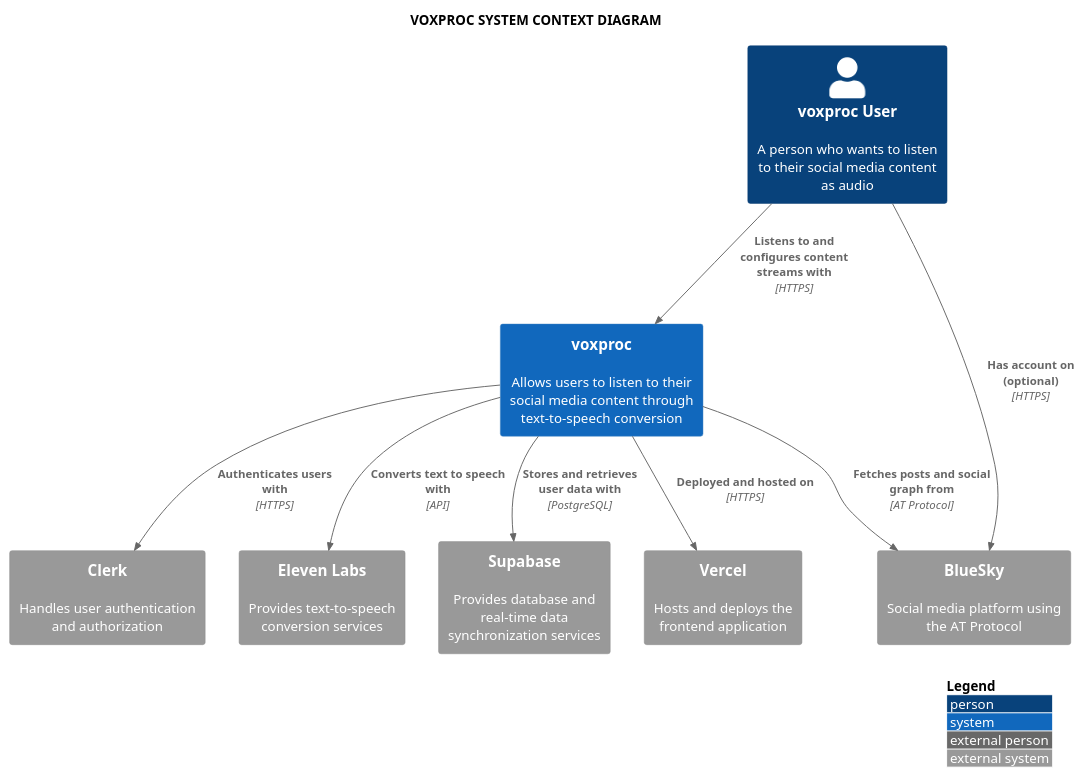
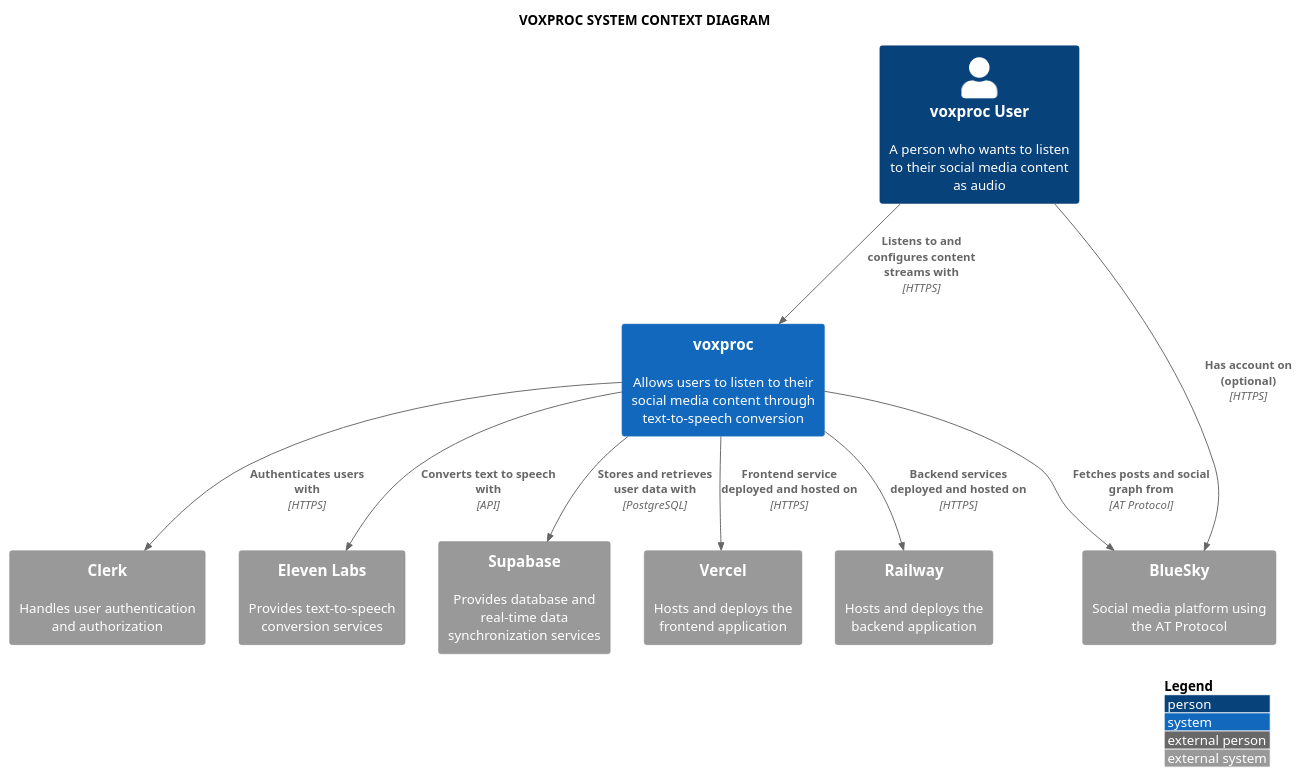
One commit to jmdigiorgio/voxproc-front changed the diagram in docs/architecture/voxproc-system-context.puml. Above: the diagram before and after it, drawn with PlantUML. The commit also changed 4 other files, not shown here.

Commit message:
docs: added container diagram

```diff
--- a/docs/architecture/voxproc-system-context.puml
+++ b/docs/architecture/voxproc-system-context.puml
@@ -1,26 +1,28 @@
 @startuml voxproc-system-context
 !include https://raw.githubusercontent.com/plantuml-stdlib/C4-PlantUML/master/C4_Context.puml
 
 LAYOUT_WITH_LEGEND()
 
 title VOXPROC SYSTEM CONTEXT DIAGRAM
 
 Person(end_user, "voxproc User", "A person who wants to listen to their social media content as audio")
 
 System(voxproc, "voxproc", "Allows users to listen to their social media content through text-to-speech conversion")
 
 System_Ext(bluesky, "BlueSky", "Social media platform using the AT Protocol")
 System_Ext(auth_provider, "Clerk", "Handles user authentication and authorization")
 System_Ext(tts_provider, "Eleven Labs", "Provides text-to-speech conversion services")
 System_Ext(supabase, "Supabase", "Provides database and real-time data synchronization services")
 System_Ext(vercel, "Vercel", "Hosts and deploys the frontend application")
+System_Ext(railway, "Railway", "Hosts and deploys the backend application")
 
 Rel(end_user, voxproc, "Listens to and configures content streams with", "HTTPS")
 Rel(voxproc, bluesky, "Fetches posts and social graph from", "AT Protocol")
 Rel(voxproc, auth_provider, "Authenticates users with", "HTTPS")
 Rel(voxproc, tts_provider, "Converts text to speech with", "API")
 Rel(end_user, bluesky, "Has account on (optional)", "HTTPS")
 Rel(voxproc, supabase, "Stores and retrieves user data with", "PostgreSQL")
-Rel(voxproc, vercel, "Deployed and hosted on", "HTTPS")
+Rel(voxproc, vercel, "Frontend service deployed and hosted on", "HTTPS")
+Rel(voxproc, railway, "Backend services deployed and hosted on", "HTTPS")
 
 @enduml 
```
